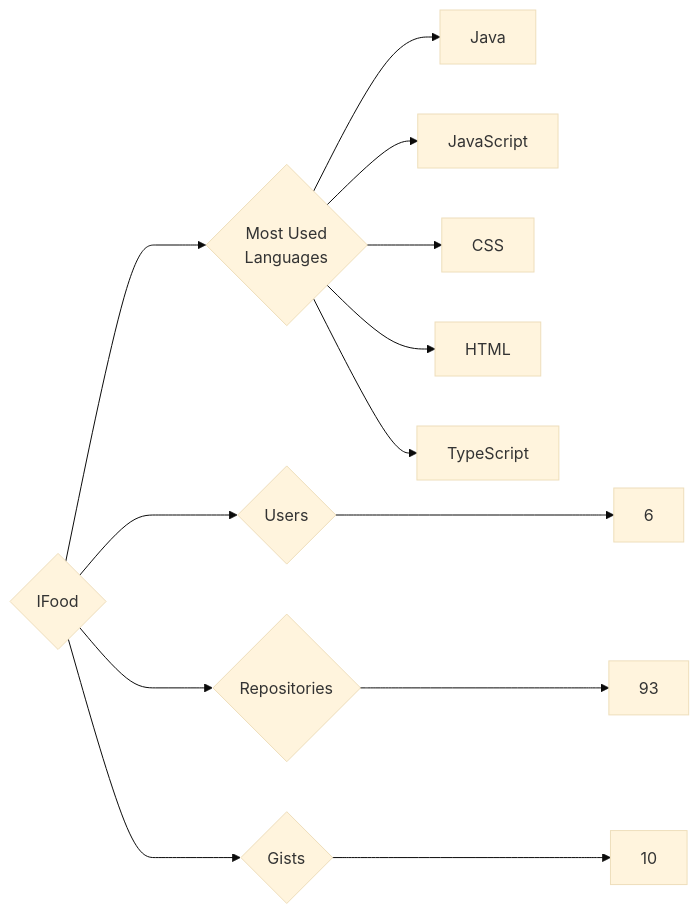
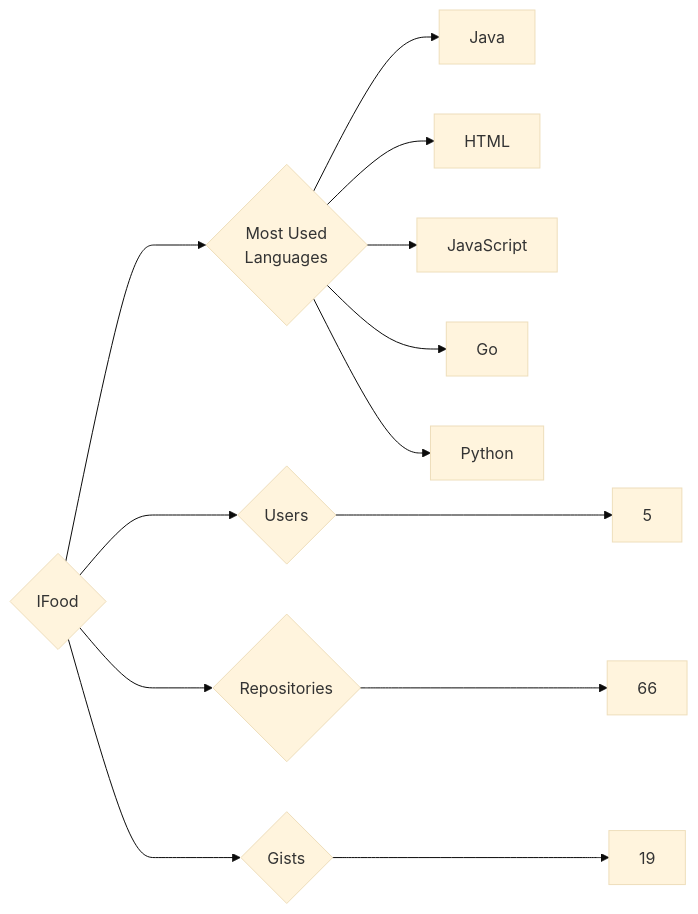
The diagram in targets/IFood/README.md (trickest/insiders), drawn with Mermaid (base theme) before and after one commit. The commit also changed 1175 other files, not shown here.

````diff
--- a/targets/IFood/README.md
+++ b/targets/IFood/README.md
@@ -3,13 +3,13 @@
 ```mermaid
 graph LR
 COMPANY_NAME{IFood}
-COMPANY_NAME ---> U{Users} ---> UN[6]
-COMPANY_NAME ---> R{Repositories} ---> RN[93]
-COMPANY_NAME ---> G{Gists} ---> GN[10]
+COMPANY_NAME ---> U{Users} ---> UN[5]
+COMPANY_NAME ---> R{Repositories} ---> RN[66]
+COMPANY_NAME ---> G{Gists} ---> GN[19]
 COMPANY_NAME ---> ML{Most Used<br>Languages}
 ML --> Java[Java]
+ML --> HTML[HTML]
 ML --> JavaScript[JavaScript]
-ML --> CSS[CSS]
-ML --> HTML[HTML]
-ML --> TypeScript[TypeScript]
+ML --> Go[Go]
+ML --> Python[Python]
 ```
````
